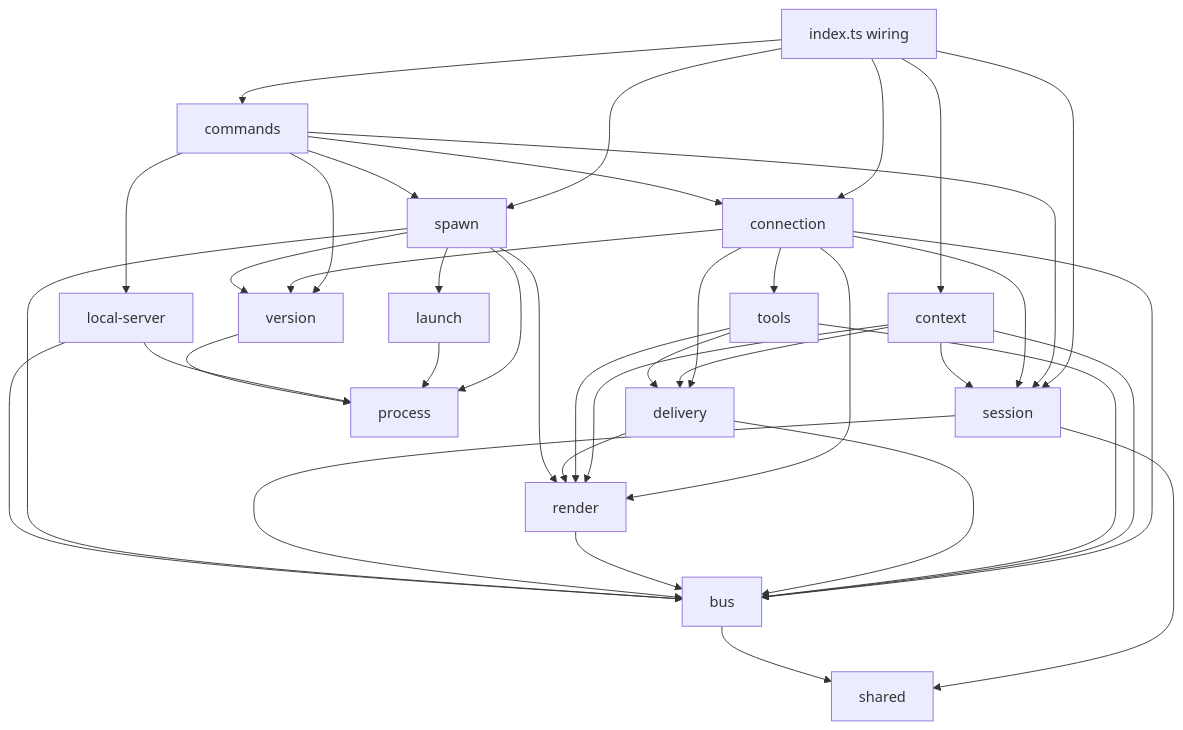
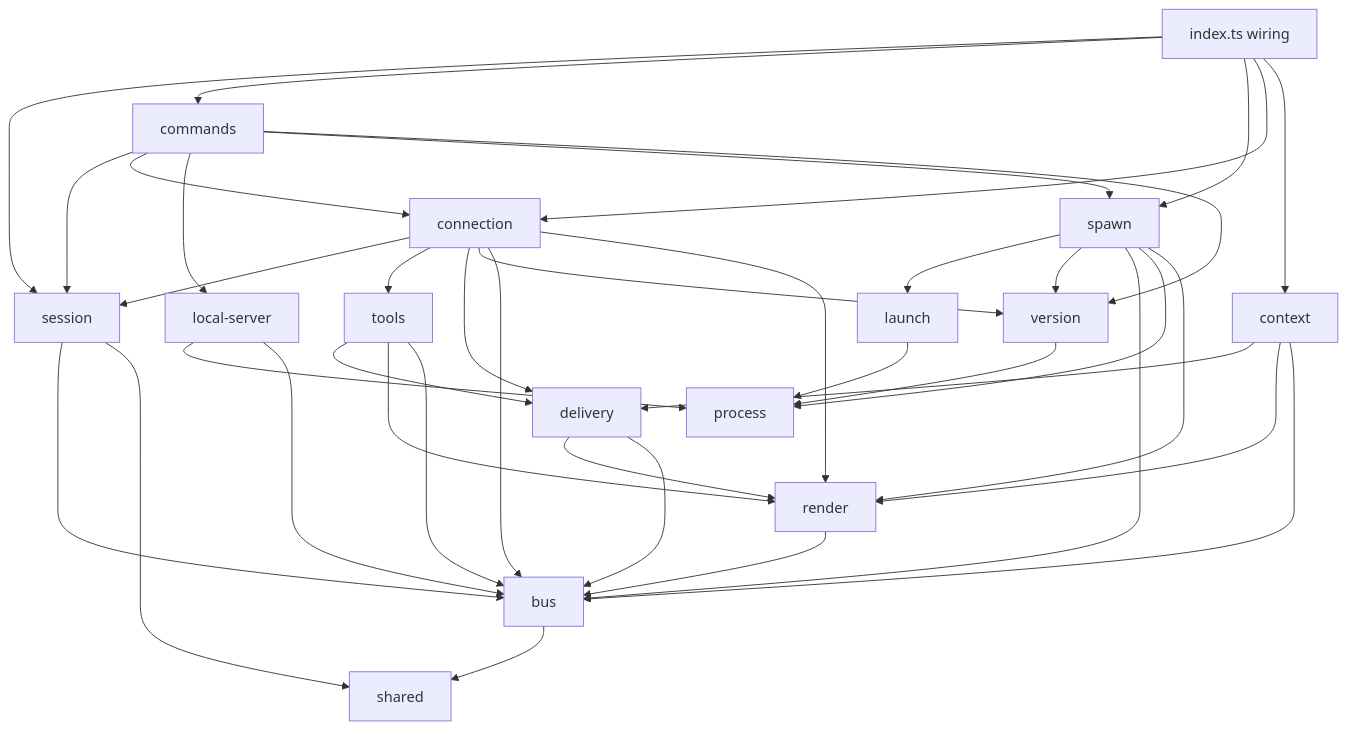
The first of 2 diagrams in docs/design/arch/client.md (till-muellers/agent-message-bus), drawn with Mermaid before and after one commit. The commit also changed other lines of this file and 26 other files, not shown here.

````diff
--- a/docs/design/arch/client.md
+++ b/docs/design/arch/client.md
@@ -114,41 +114,40 @@
 ```mermaid
 flowchart TD
   index[index.ts wiring] --> session
   index --> commands
   index --> spawn
   index --> connection
   index --> context
   commands --> session
   commands --> connection
   commands --> localserver[local-server]
   commands --> spawn
   commands --> version
   connection --> session
   connection --> tools
   connection --> delivery
   connection --> version
   connection --> bus
   connection --> render
   context --> delivery
   context --> render
   context --> bus
-  context --> session
   tools --> delivery
   tools --> render
   tools --> bus
   delivery --> render
   delivery --> bus
   render --> bus
   session --> bus
   session --> shared
   spawn --> launch
   spawn --> version
   spawn --> bus
   spawn --> process
   spawn --> render
   launch --> process
   localserver --> process
   localserver --> bus
   version --> process
   bus --> shared
 ```
````
